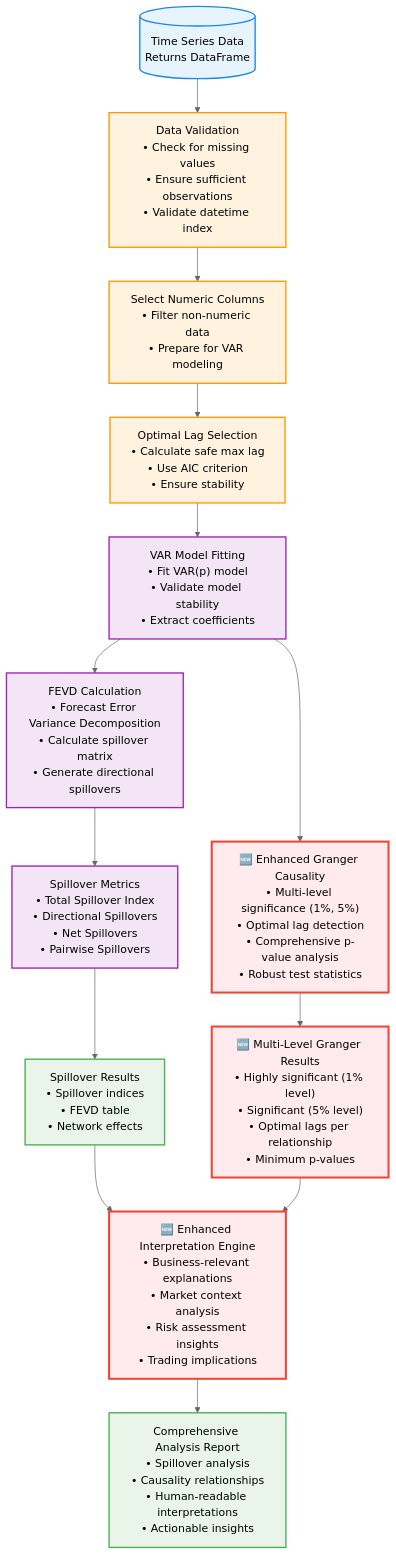
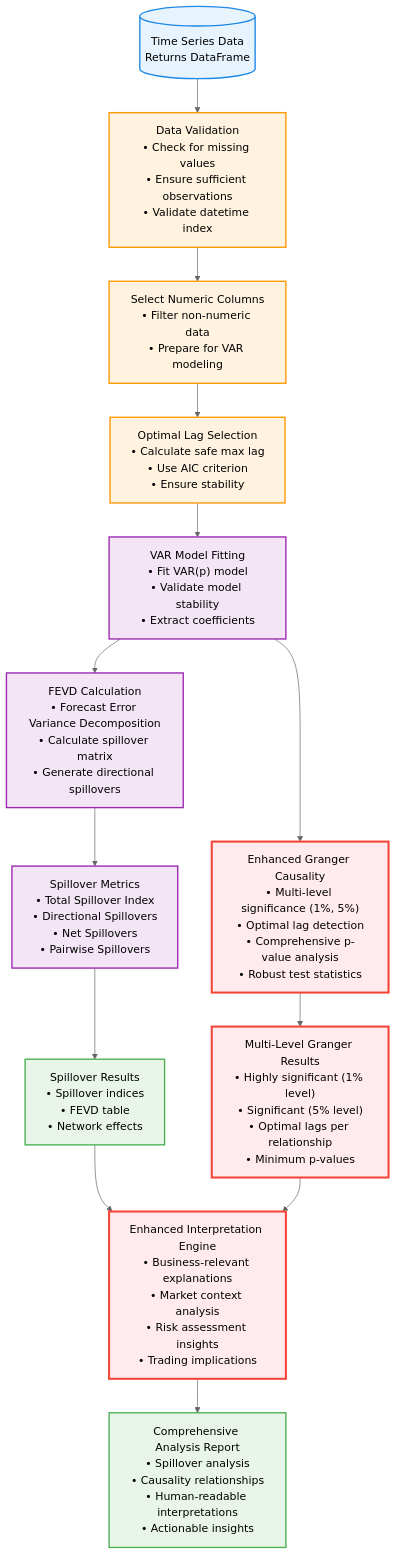
Before and after one commit to garthmortensen/timeseries-api: the fifth of 6 diagrams in README.md, drawn with Mermaid (neutral theme). The commit also changed other lines of this file and 1 other file, not shown here.

````diff
--- a/README.md
+++ b/README.md
@@ -835,54 +893,54 @@
 ```mermaid
 flowchart TD
     %% Styling
     classDef input fill:#E8F4FD,color:#000,stroke:#1E88E5,stroke-width:2px
     classDef process fill:#FFF3E0,color:#000,stroke:#FF9800,stroke-width:2px
     classDef analysis fill:#F3E5F5,color:#000,stroke:#9C27B0,stroke-width:2px
     classDef output fill:#E8F5E8,color:#000,stroke:#4CAF50,stroke-width:2px
     classDef enhanced fill:#FFEBEE,color:#000,stroke:#F44336,stroke-width:3px
     
     %% Input Data
     TimeSeriesData[("Time Series Data<br/>Returns DataFrame")]:::input
     
     %% Data Preparation
     DataValidation["Data Validation<br/>• Check for missing values<br/>• Ensure sufficient observations<br/>• Validate datetime index"]:::process
     
     NumericSelection["Select Numeric Columns<br/>• Filter non-numeric data<br/>• Prepare for VAR modeling"]:::process
     
     %% VAR Model Setup
     LagSelection["Optimal Lag Selection<br/>• Calculate safe max lag<br/>• Use AIC criterion<br/>• Ensure stability"]:::process
     
     VARFitting["VAR Model Fitting<br/>• Fit VAR(p) model<br/>• Validate model stability<br/>• Extract coefficients"]:::analysis
     
     %% Spillover Analysis
     FEVDCalculation["FEVD Calculation<br/>• Forecast Error Variance Decomposition<br/>• Calculate spillover matrix<br/>• Generate directional spillovers"]:::analysis
     
     SpilloverMetrics["Spillover Metrics<br/>• Total Spillover Index<br/>• Directional Spillovers<br/>• Net Spillovers<br/>• Pairwise Spillovers"]:::analysis
     
     %% Enhanced Granger Causality
-    GrangerEnhanced["🆕 Enhanced Granger Causality<br/>• Multi-level significance (1%, 5%)<br/>• Optimal lag detection<br/>• Comprehensive p-value analysis<br/>• Robust test statistics"]:::enhanced
+    GrangerEnhanced["Enhanced Granger Causality<br/>• Multi-level significance (1%, 5%)<br/>• Optimal lag detection<br/>• Comprehensive p-value analysis<br/>• Robust test statistics"]:::enhanced
     
     %% Results and Interpretations
     SpilloverResults["Spillover Results<br/>• Spillover indices<br/>• FEVD table<br/>• Network effects"]:::output
     
-    GrangerResults["🆕 Multi-Level Granger Results<br/>• Highly significant (1% level)<br/>• Significant (5% level)<br/>• Optimal lags per relationship<br/>• Minimum p-values"]:::enhanced
+    GrangerResults["Multi-Level Granger Results<br/>• Highly significant (1% level)<br/>• Significant (5% level)<br/>• Optimal lags per relationship<br/>• Minimum p-values"]:::enhanced
     
-    InterpretationEngine["🆕 Enhanced Interpretation Engine<br/>• Business-relevant explanations<br/>• Market context analysis<br/>• Risk assessment insights<br/>• Trading implications"]:::enhanced
+    InterpretationEngine["Enhanced Interpretation Engine<br/>• Business-relevant explanations<br/>• Market context analysis<br/>• Risk assessment insights<br/>• Trading implications"]:::enhanced
     
     %% Final Output
     ComprehensiveReport["Comprehensive Analysis Report<br/>• Spillover analysis<br/>• Causality relationships<br/>• Human-readable interpretations<br/>• Actionable insights"]:::output
     
     %% Flow connections
     TimeSeriesData --> DataValidation
     DataValidation --> NumericSelection
     NumericSelection --> LagSelection
     LagSelection --> VARFitting
     VARFitting --> FEVDCalculation
     VARFitting --> GrangerEnhanced
     FEVDCalculation --> SpilloverMetrics
     SpilloverMetrics --> SpilloverResults
     GrangerEnhanced --> GrangerResults
     SpilloverResults --> InterpretationEngine
     GrangerResults --> InterpretationEngine
     InterpretationEngine --> ComprehensiveReport
 ```
````
